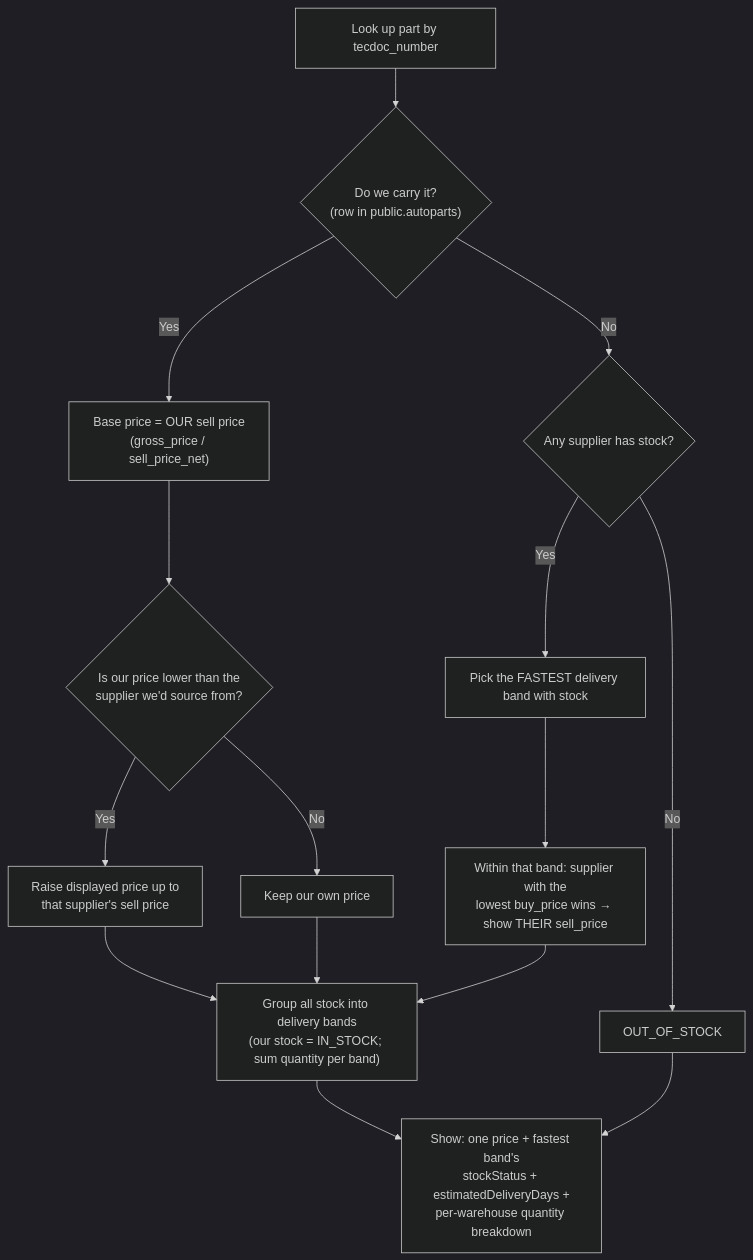
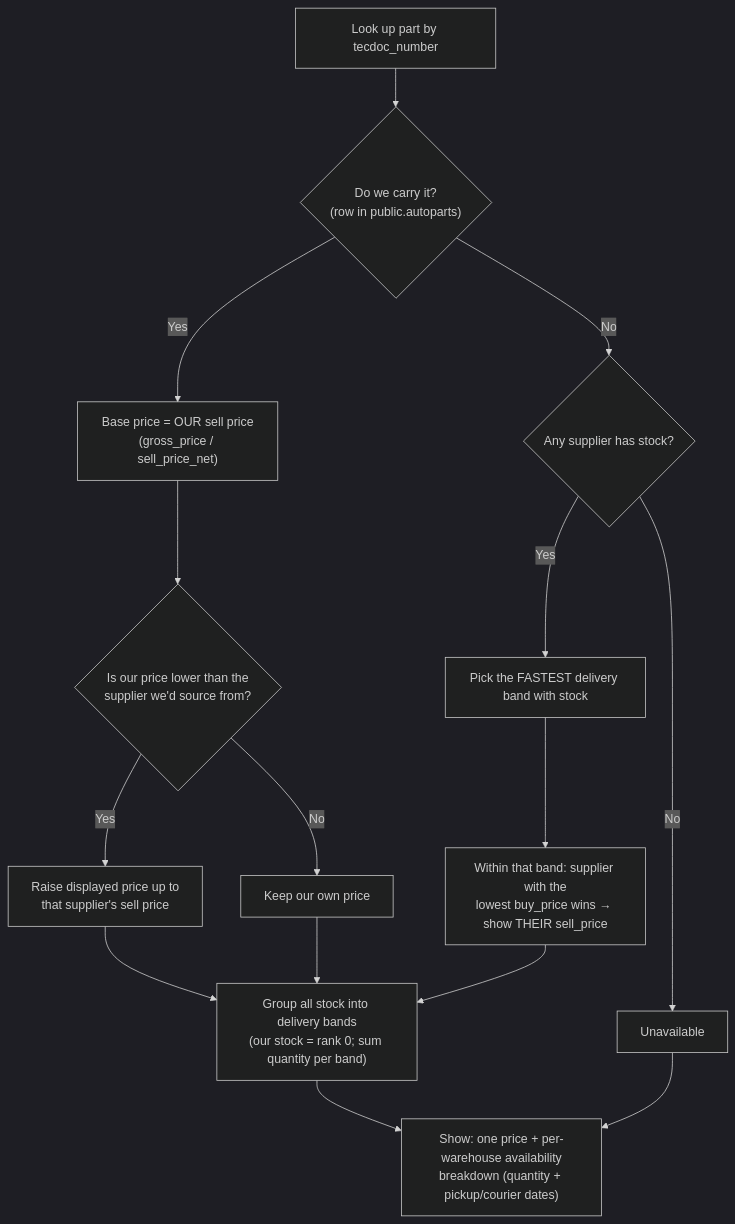
The diagram in docs/PRICING-AND-DELIVERY.md (Pavlin619/vp-parts), drawn with Mermaid (dark theme) before and after one commit. The commit also changed other lines of this file and 24 other files, not shown here.

Commit message:
refactor: refactor be endpoints to separate tecdoc data from our own availability data

````diff
--- a/docs/PRICING-AND-DELIVERY.md
+++ b/docs/PRICING-AND-DELIVERY.md
@@ -136,20 +145,20 @@
 ```mermaid
 flowchart TD
     start["Look up part by tecdoc_number"] --> own{"Do we carry it?<br/>(row in public.autoparts)"}
 
     own -->|"Yes"| ownprice["Base price = OUR sell price<br/>(gross_price / sell_price_net)"]
     ownprice --> undercut{"Is our price lower than the<br/>supplier we'd source from?"}
     undercut -->|"Yes"| raise["Raise displayed price up to<br/>that supplier's sell price"]
     undercut -->|"No"| keep["Keep our own price"]
     raise --> bands
     keep --> bands
 
     own -->|"No"| anysup{"Any supplier has stock?"}
-    anysup -->|"No"| oos["OUT_OF_STOCK"]
+    anysup -->|"No"| oos["Unavailable"]
     anysup -->|"Yes"| fastest["Pick the FASTEST delivery band with stock"]
     fastest --> lowestbuy["Within that band: supplier with the<br/>lowest buy_price wins → show THEIR sell_price"]
     lowestbuy --> bands
 
-    bands["Group all stock into delivery bands<br/>(our stock = IN_STOCK; sum quantity per band)"] --> result["Show: one price + fastest band's<br/>stockStatus + estimatedDeliveryDays +<br/>per-warehouse quantity breakdown"]
+    bands["Group all stock into delivery bands<br/>(our stock = rank 0; sum quantity per band)"] --> result["Show: one price + per-warehouse availability<br/>breakdown (quantity + pickup/courier dates)"]
     oos --> result
 ```
````
